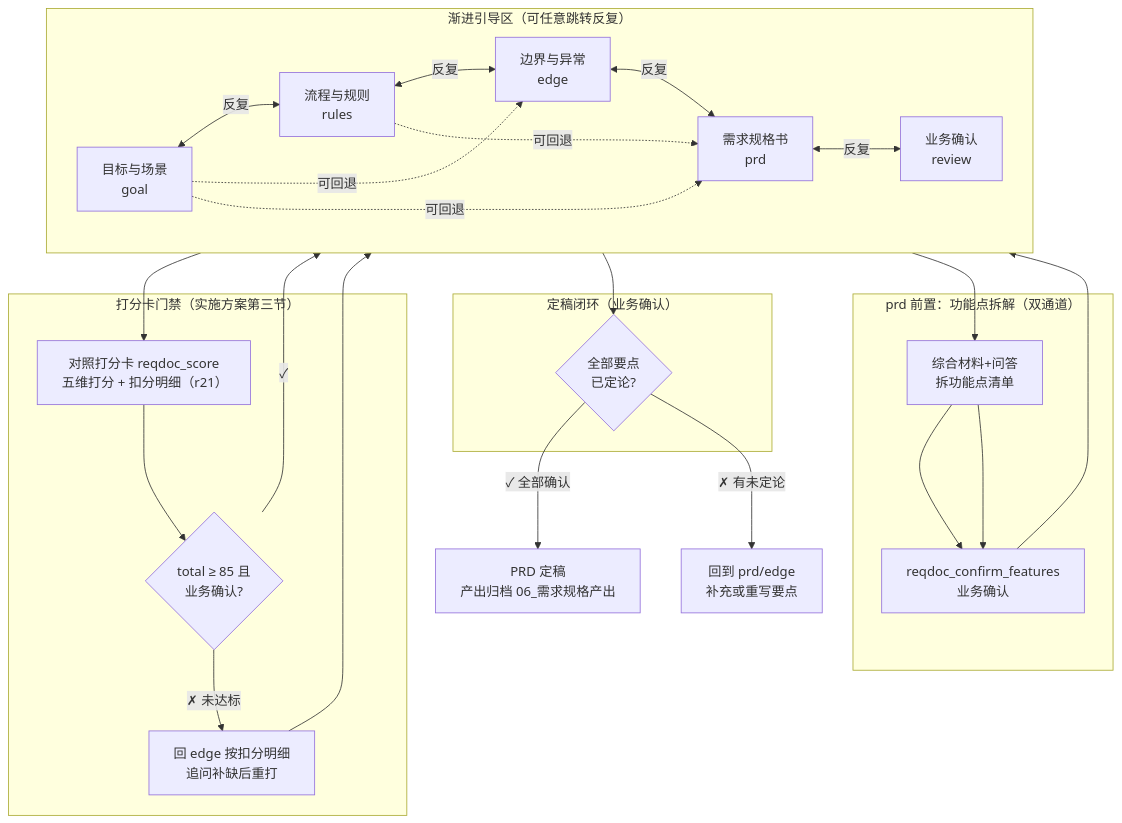
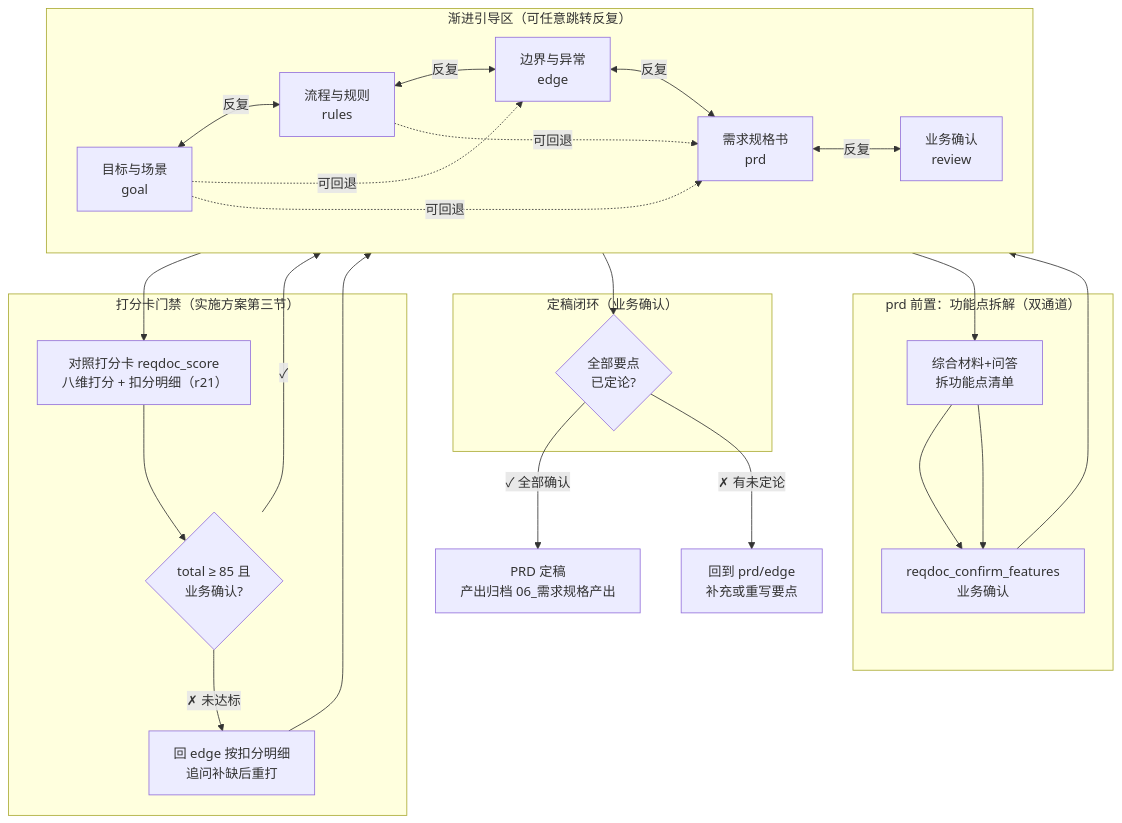
Before and after one commit to wonglaitung/opencode: the second of 4 diagrams in opencode-session-mgmt/docs/workflow-reqdoc.md, drawn with Mermaid. The commit also changed other lines of this file and 11 other files, not shown here.

````diff
--- a/opencode-session-mgmt/docs/workflow-reqdoc.md
+++ b/opencode-session-mgmt/docs/workflow-reqdoc.md
@@ -42,35 +42,35 @@
 ```mermaid
 graph TB
     subgraph IterationZone["渐进引导区（可任意跳转反复）"]
         direction LR
         G["目标与场景<br/>goal"] <-->|"反复"| R["流程与规则<br/>rules"]
         R <-->|"反复"| E["边界与异常<br/>edge"]
         E <-->|"反复"| P["需求规格书<br/>prd"]
         P <-->|"反复"| RV["业务确认<br/>review"]
         G -.->|"可回退"| E
         G -.->|"可回退"| P
         R -.->|"可回退"| P
     end
     subgraph FeatureZone["prd 前置：功能点拆解（双通道）"]
         F["综合材料+问答<br/>拆功能点清单"] --> FC["reqdoc_confirm_features<br/>业务确认"]
     end
 
     subgraph ScoreGate["打分卡门禁（实施方案第三节）"]
-        SC["对照打分卡 reqdoc_score<br/>五维打分 + 扣分明细（r21）"] --> SG{"total ≥ 85 且<br/>业务确认?"}
+        SC["对照打分卡 reqdoc_score<br/>八维打分 + 扣分明细（r21）"] --> SG{"total ≥ 85 且<br/>业务确认?"}
         SG -->|"✗ 未达标"| EBACK["回 edge 按扣分明细<br/>追问补缺后重打"]
     end
 
     subgraph Close["定稿闭环（业务确认）"]
         C{"全部要点<br/>已定论?"}
     end
 
     IterationZone --> F
     F --> FC
     FC --> IterationZone
     E --> SC
     SG -->|"✓"| P
     EBACK --> E
     IterationZone --> C
     C -->|"✓ 全部确认"| PRD["PRD 定稿<br/>产出归档 06_需求规格产出"]
     C -->|"✗ 有未定论"| BACK["回到 prd/edge<br/>补充或重写要点"]
 ```
````
